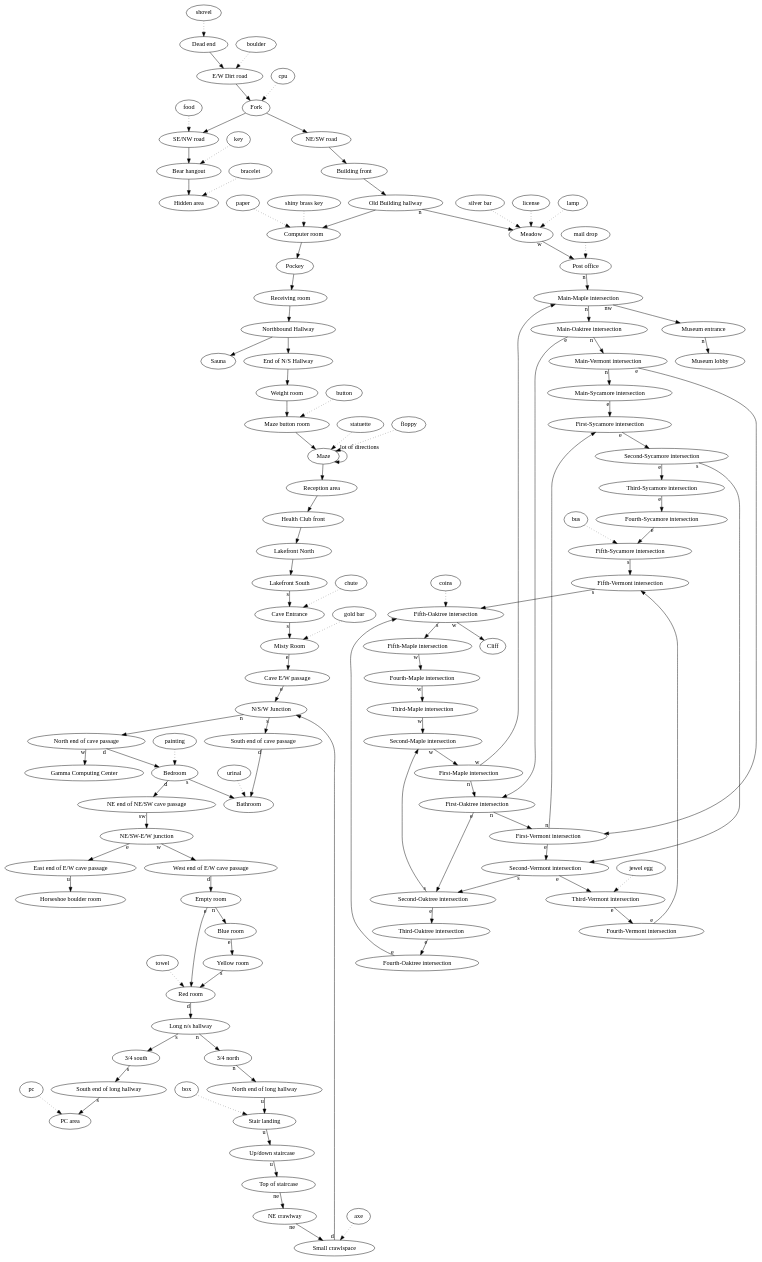
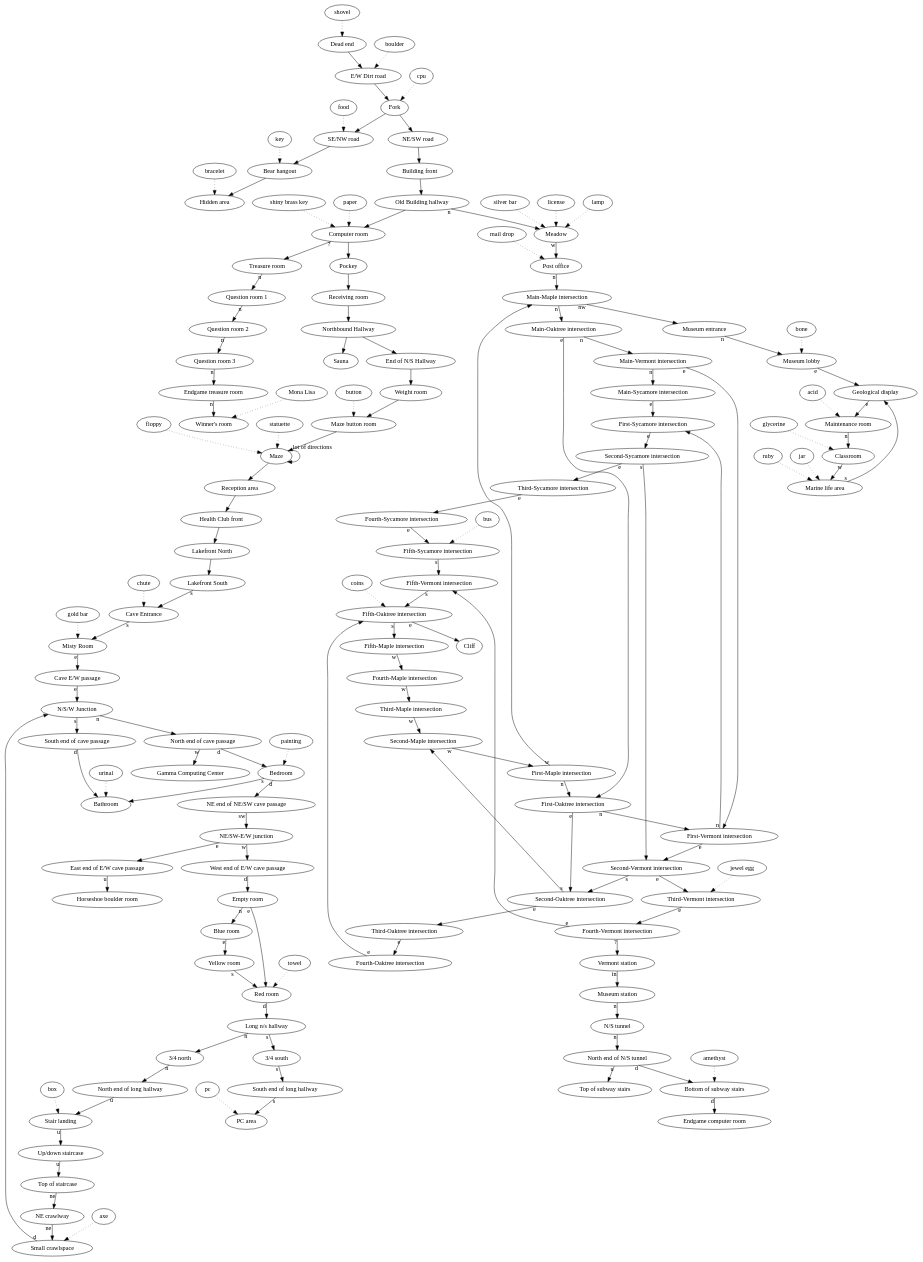
One commit to alvarogonzalezsotillo/.emacs.d changed the diagram in dunnet.org. Above: the diagram before and after it, drawn with Graphviz. The commit also changed 3 other files, not shown here.

```diff
--- a/dunnet.org
+++ b/dunnet.org
@@ -99,7 +99,7 @@
   "bus" -> "Fifth-Sycamore intersection" [style="dotted"]
 
   "Fifth-Vermont intersection" -> "Fifth-Oaktree intersection" [taillabel="s"]
-  "Fifth-Oaktree intersection" -> "Cliff" [taillabel="w"]   
+  "Fifth-Oaktree intersection" -> "Cliff" [taillabel="e"]   
   "coins" -> "Fifth-Oaktree intersection" [style="dotted"]
   "Fifth-Oaktree intersection" -> "Fifth-Maple intersection" [taillabel="s"]    
 
@@ -141,6 +141,53 @@
  "Fourth-Vermont intersection" -> "Fifth-Vermont intersection" [taillabel="e"]
 
  "Museum entrance" -> "Museum lobby" [taillabel="n"]
+ "bone" ->                   "Museum lobby" [style="dotted"]
+
+ "Museum lobby" -> "Geological display" [taillabel="e"]
+
+ "acid" ->                   "Maintenance room" [style="dotted"]
+ "Geological display" -> "Maintenance room" [taillabel="e"]
+
+ "glycerine" ->                   "Classroom" [style="dotted"]
+ "Maintenance room" -> "Classroom" [taillabel="n"]
+
+ "ruby" ->                   "Marine life area" [style="dotted"]
+ "jar" ->                   "Marine life area" [style="dotted"]
+ "Classroom" -> "Marine life area" [taillabel="w"]
+
+ "Marine life area" -> "Geological display" [taillabel="s"]
+
+ "Fourth-Vermont intersection" -> "Vermont station" [taillabel="?"]
+
+
+
+ "Vermont station" -> "Museum station" [taillabel="in"]
+
+ "Museum station" -> "N/S tunnel" [taillabel="n"]
+ "N/S tunnel" -> "North end of N/S tunnel" [taillabel="n"]
+
+ "North end of N/S tunnel" -> "Top of subway stairs" [taillabel="u"]
+
+ "amethyst" ->                   "Bottom of subway stairs" [style="dotted"]
+
+ "North end of N/S tunnel" -> "Bottom of subway stairs" [taillabel="d"]
+
+ "Bottom of subway stairs" -> "Endgame computer room" [taillabel="d"]
+
+ "Computer room" -> "Treasure room" [taillabel="?"]
+
+ "Treasure room" -> "Question room 1" [taillabel="n"]
+
+ "Question room 1" -> "Question room 2" [taillabel="n"]
+
+ "Question room 2" -> "Question room 3" [taillabel="n"]
+
+ "Question room 3" -> "Endgame treasure room" [taillabel="n"]
+
+ "Mona Lisa" ->                   "Winner's room" [style="dotted"]
+
+ "Endgame treasure room" -> "Winner's room" [taillabel="n"]
+
 }
 
 #+END_SRC
```
